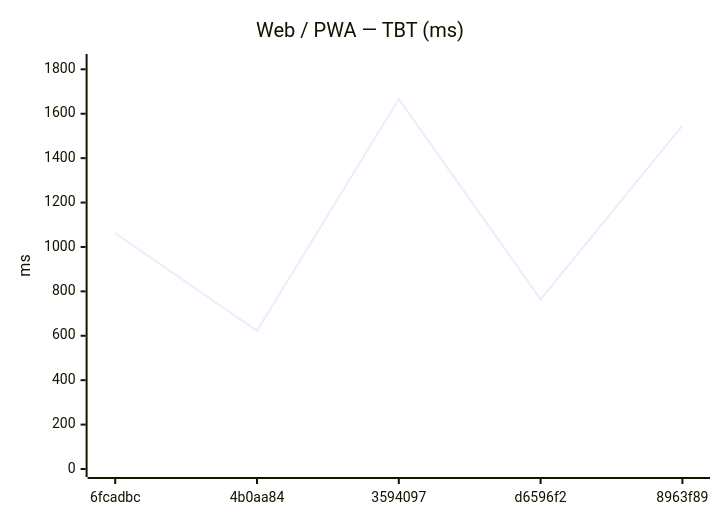
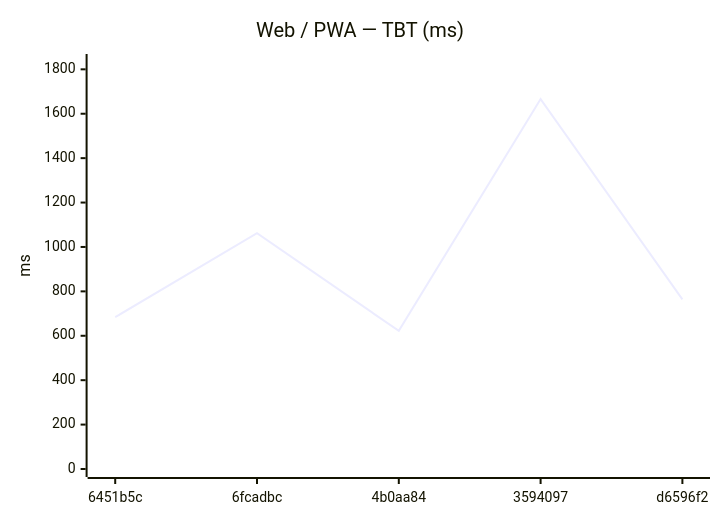
Before and after one commit to Metaheurist/Rianell: the sixth of 12 diagrams in benchmarks/compare.md, drawn with Mermaid. The commit also changed other lines of this file and 8 other files, not shown here.

````diff
--- a/benchmarks/compare.md
+++ b/benchmarks/compare.md
@@ -89,7 +89,7 @@
 ```mermaid
 xychart-beta
     title "Web / PWA — TBT (ms)"
-    x-axis ["6fcadbc", "4b0aa84", "3594097", "d6596f2", "8963f89"]
+    x-axis ["6451b5c", "6fcadbc", "4b0aa84", "3594097", "d6596f2"]
     y-axis "ms" 0 --> 1833
-    line [1062, 622, 1666, 764, 1546]
+    line [684, 1062, 622, 1666, 764]
 ```
````
